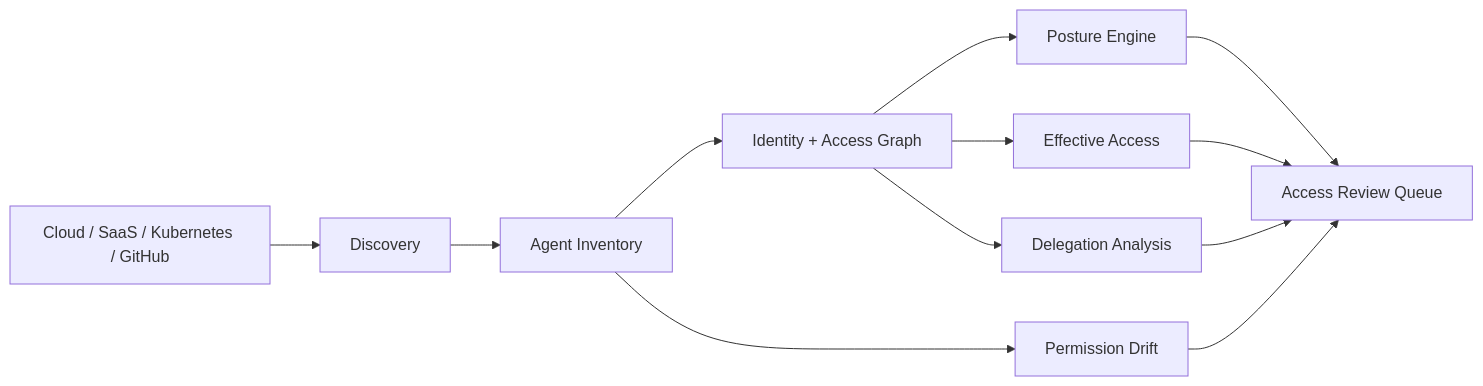
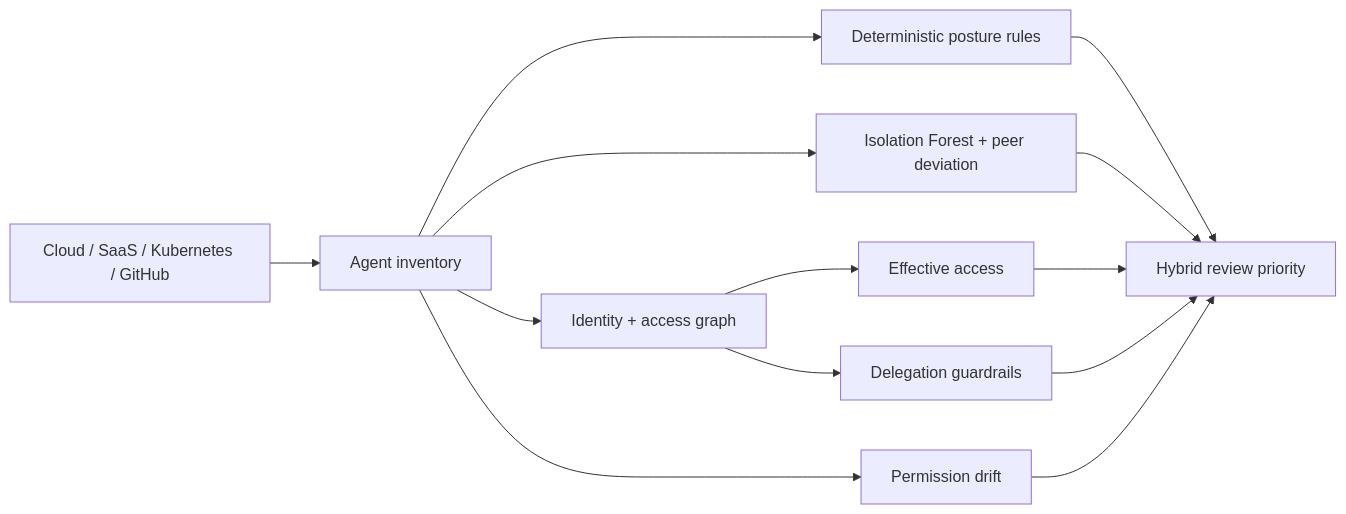
Before and after one commit to VinayK88/AgentAtlas: the diagram in README.md, drawn with Mermaid. The commit also changed other lines of this file, not shown here.

Commit message:
Update AgentAtlas README for hybrid ML governance

````diff
--- a/README.md
+++ b/README.md
@@ -21,14 +13,15 @@
 ```mermaid
 flowchart LR
-    A[Cloud / SaaS / Kubernetes / GitHub] --> D[Discovery]
-    D --> I[Agent Inventory]
-    I --> G[Identity + Access Graph]
-    G --> P[Posture Engine]
-    G --> E[Effective Access]
-    G --> X[Delegation Analysis]
-    I --> R[Permission Drift]
-    P --> Q[Access Review Queue]
+    A[Cloud / SaaS / Kubernetes / GitHub] --> I[Agent inventory]
+    I --> G[Identity + access graph]
+    I --> P[Deterministic posture rules]
+    G --> E[Effective access]
+    G --> D[Delegation guardrails]
+    I --> R[Permission drift]
+    I --> M[Isolation Forest + peer deviation]
+    P --> Q[Hybrid review priority]
+    M --> Q
     E --> Q
-    X --> Q
+    D --> Q
     R --> Q
 ```
````
